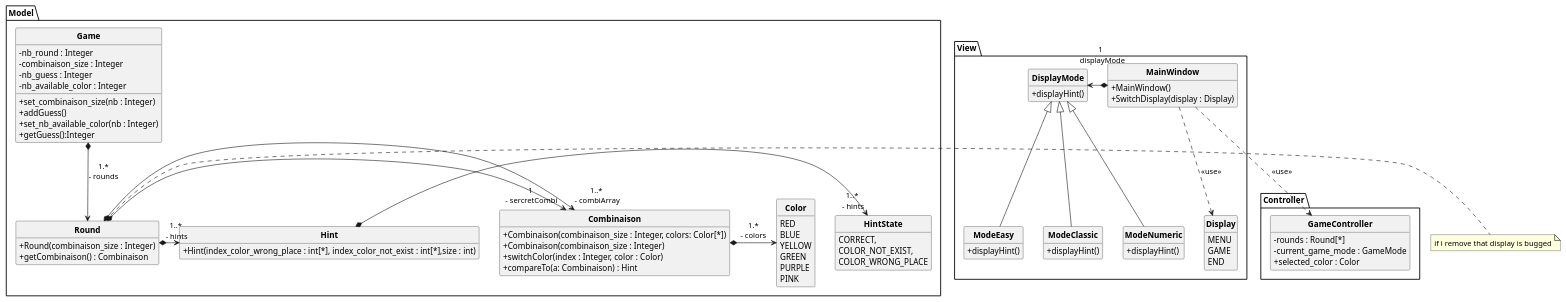
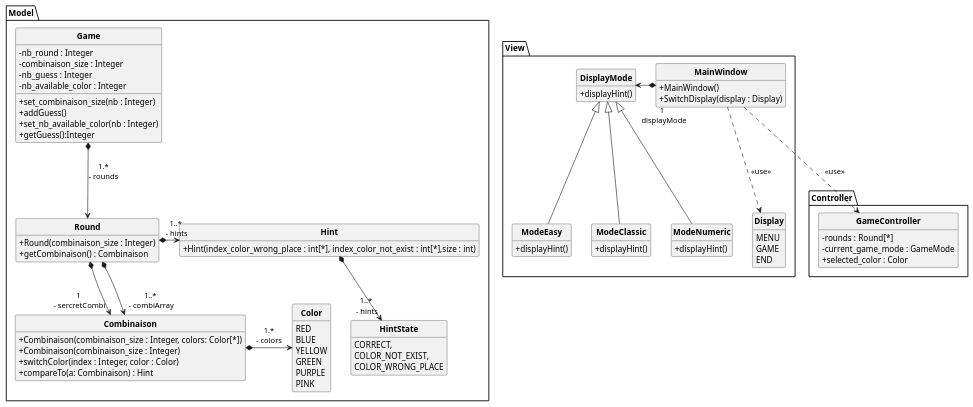
Before and after one commit to xeragon/Mastermind: the diagram in V1/PUML/DCC.puml, drawn with PlantUML. The commit also changed 6 other files, not shown here.

```diff
--- a/V1/PUML/DCC.puml
+++ b/V1/PUML/DCC.puml
@@ -1,102 +1,102 @@
 @startuml
 'https://plantuml.com/sequence-diagram
 skinparam classAttributeIconSize 0
 skinparam classFontStyle Bold
 skinparam style strictuml
 hide empty members
 
 package Model{
 
 
     class Combinaison {
         + Combinaison(combinaison_size : Integer, colors: Color[*])
         + Combinaison(combinaison_size : Integer)
         + switchColor(index : Integer, color : Color)
         + compareTo(a: Combinaison) : Hint
     }
 
 
     enum Color {
         RED
         BLUE
         YELLOW
         GREEN
         PURPLE
         PINK
     }
 
     enum HintState{
         CORRECT,
         COLOR_NOT_EXIST,
         COLOR_WRONG_PLACE
     }
 
     class Hint {
         + Hint(index_color_wrong_place : int[*], index_color_not_exist : int[*],size : int)
     }
 
     class Game {
         - nb_round : Integer
         - combinaison_size : Integer
         - nb_guess : Integer
         - nb_available_color : Integer
         + set_combinaison_size(nb : Integer)
         + addGuess()
         + set_nb_available_color(nb : Integer)
         + getGuess():Integer
     }
 
     class Round {
         + Round(combinaison_size : Integer)
         + getCombinaison() : Combinaison
     }
     Game *--> Round : "1.*\n- rounds"
     Combinaison *-> Color : "1.*\n- colors"
 }
 
 package View {
     enum Display{
         MENU
         GAME
         END
     }
     class MainWindow {
         + MainWindow()
         + SwitchDisplay(display : Display)
 
     }
 
     class DisplayMode {
         + displayHint()
     }
 
     class ModeEasy extends DisplayMode {
       + displayHint()
     }
     class ModeClassic extends DisplayMode {
       + displayHint()
     }
     class ModeNumeric extends DisplayMode {
       + displayHint()
     }
 }
 
 
 package Controller{
     class GameController {
         - rounds : Round[*]
         - current_game_mode : GameMode
         + selected_color : Color
     }
 }
 MainWindow *-> "1 \n displayMode" DisplayMode
-Round *-> " 1 \n - sercretCombi" Combinaison
-Round *-> " 1..* \n - combiArray" Combinaison
+Round *--> " 1 \n - sercretCombi" Combinaison
+Round *--> " 1..* \n - combiArray" Combinaison
 Round *-> " 1..* \n - hints" Hint
-Hint *-> " 1..* \n - hints" HintState
+Hint *--> " 1..* \n - hints" HintState
 
 MainWindow ..> GameController: <<use>>
 MainWindow ..> Display: <<use>>
-note right of Round : if i remove that display is bugged
+
 
 @enduml
```
